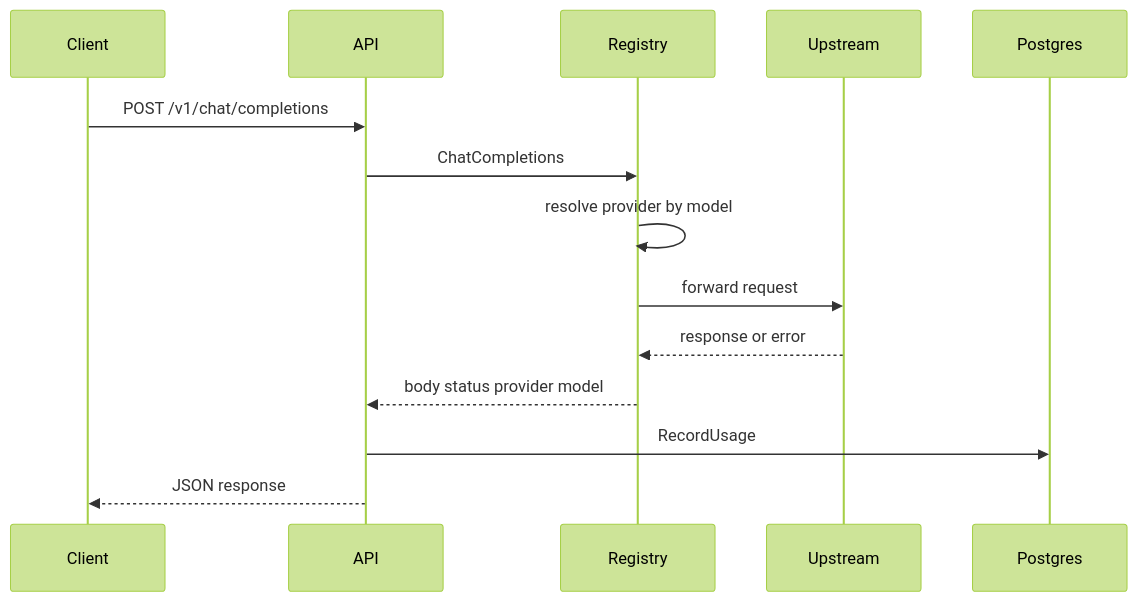
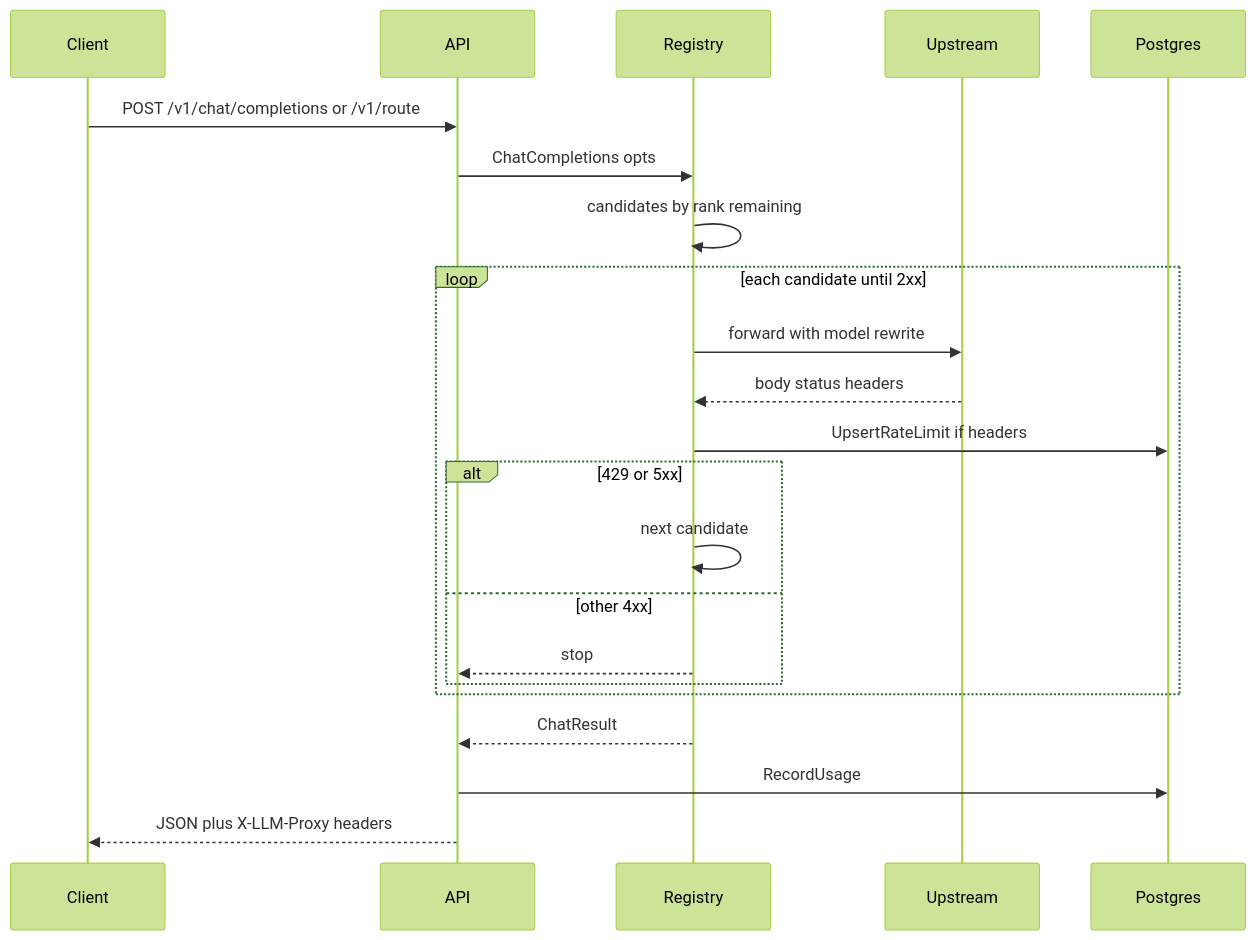
Before and after one commit to DaniilPodruchnyMgtuIu6/llm-proxy: the fourth of 10 diagrams in docs/architecture.md, drawn with Mermaid (forest theme). The commit also changed other lines of this file and 4 other files, not shown here.

Commit message:
Document route, fallback, and rate-limit quotas.

````diff
--- a/docs/architecture.md
+++ b/docs/architecture.md
@@ -99,17 +99,25 @@
 ```mermaid
 sequenceDiagram
   participant C as Client
   participant A as API
   participant R as Registry
   participant U as Upstream
   participant S as Postgres
 
-  C->>A: POST /v1/chat/completions
-  A->>R: ChatCompletions
-  R->>R: resolve provider by model
-  R->>U: forward request
-  U-->>R: response or error
-  R-->>A: body status provider model
+  C->>A: POST /v1/chat/completions or /v1/route
+  A->>R: ChatCompletions opts
+  R->>R: candidates by rank remaining
+  loop each candidate until 2xx
+    R->>U: forward with model rewrite
+    U-->>R: body status headers
+    R->>S: UpsertRateLimit if headers
+    alt 429 or 5xx
+      R->>R: next candidate
+    else other 4xx
+      R-->>A: stop
+    end
+  end
+  R-->>A: ChatResult
   A->>S: RecordUsage
-  A-->>C: JSON response
+  A-->>C: JSON plus X-LLM-Proxy headers
 ```
````
